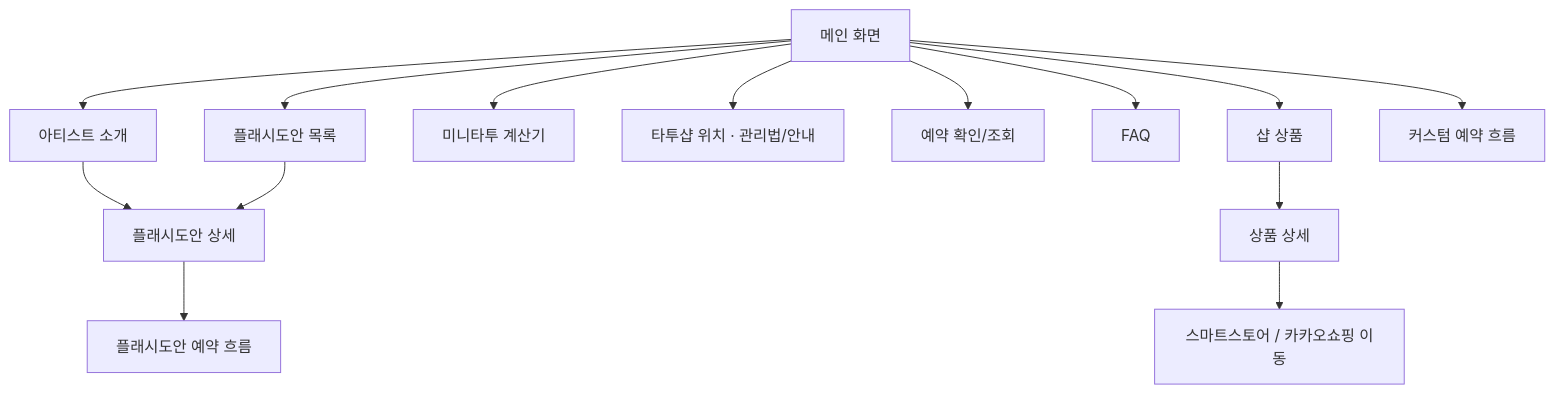
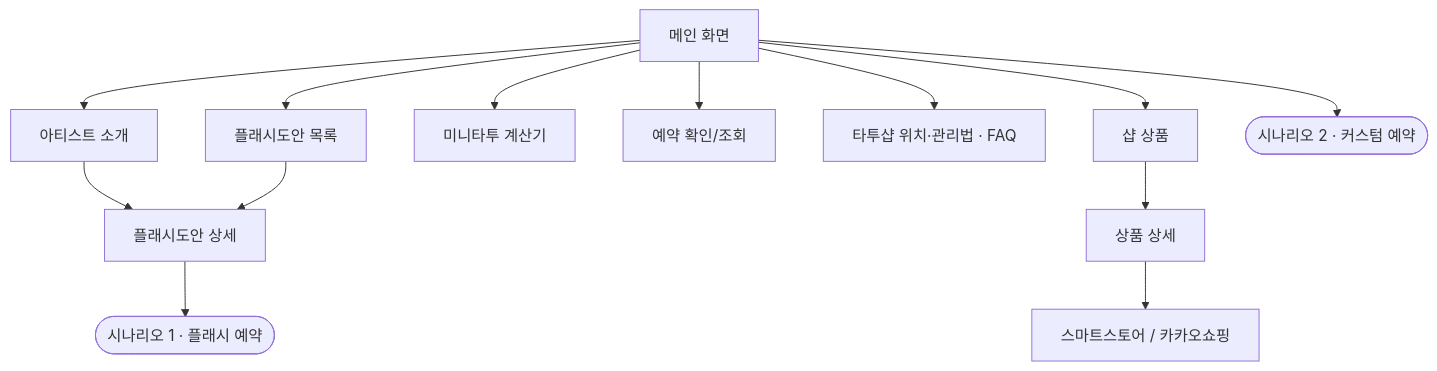
The fourth of 8 diagrams in README.md (leeyonghee030/tattoo_project), drawn with Mermaid before and after one commit. The commit also changed other lines of this file, not shown here.

First line of the commit message:
DOCS(readme): 워크플로우 다이어그램 단순화 및 핵심 시나리오 추가 - 2026-05-20

````diff
--- a/README.md
+++ b/README.md
@@ -207,15 +131,14 @@
 ```mermaid
 flowchart TD
     M[메인 화면] --> P1[아티스트 소개]
     M --> P2[플래시도안 목록]
     M --> CALC[미니타투 계산기]
-    M --> LOC[타투샵 위치 · 관리법/안내]
     M --> CHK[예약 확인/조회]
-    M --> FAQ[FAQ]
+    M --> INFO[타투샵 위치·관리법 · FAQ]
     M --> SHOP[샵 상품]
     P1 --> P3[플래시도안 상세]
     P2 --> P3
-    P3 --> FLASH[플래시도안 예약 흐름]
-    M --> CUSTOM[커스텀 예약 흐름]
-    SHOP --> SD[상품 상세] --> EXT[스마트스토어 / 카카오쇼핑 이동]
+    SHOP --> SD[상품 상세] --> EXT[스마트스토어 / 카카오쇼핑]
+    P3 --> SC1([시나리오 1 · 플래시 예약])
+    M --> SC2([시나리오 2 · 커스텀 예약])
 ```
````
